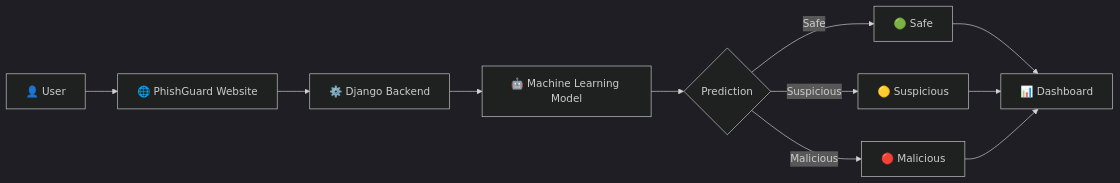
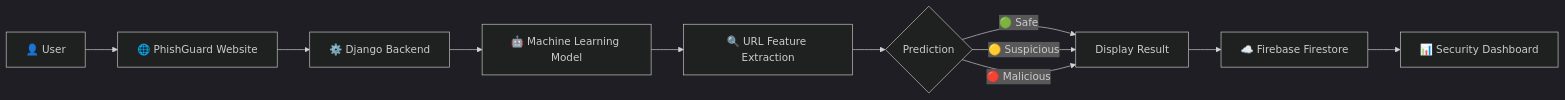
Before and after one commit to sovanshit/PhishGuard: the diagram in docs/README.md, drawn with Mermaid (dark theme). The commit also changed other lines of this file, not shown here.

````diff
--- a/docs/README.md
+++ b/docs/README.md
@@ -112,25 +172,25 @@
 ```mermaid
 flowchart LR
 
 A[👤 User]
 
 A --> B[🌐 PhishGuard Website]
 
 B --> C[⚙️ Django Backend]
 
 C --> D[🤖 Machine Learning Model]
 
-D --> E{Prediction}
+D --> E[🔍 URL Feature Extraction]
 
-E -->|Safe| F[🟢 Safe]
+E --> F{Prediction}
 
-E -->|Suspicious| G[🟡 Suspicious]
+F -->|🟢 Safe| G[Display Result]
 
-E -->|Malicious| H[🔴 Malicious]
+F -->|🟡 Suspicious| G
 
-F --> I[📊 Dashboard]
+F -->|🔴 Malicious| G
 
-G --> I
+G --> H[☁️ Firebase Firestore]
 
-H --> I
+H --> I[📊 Security Dashboard]
 ```
````
